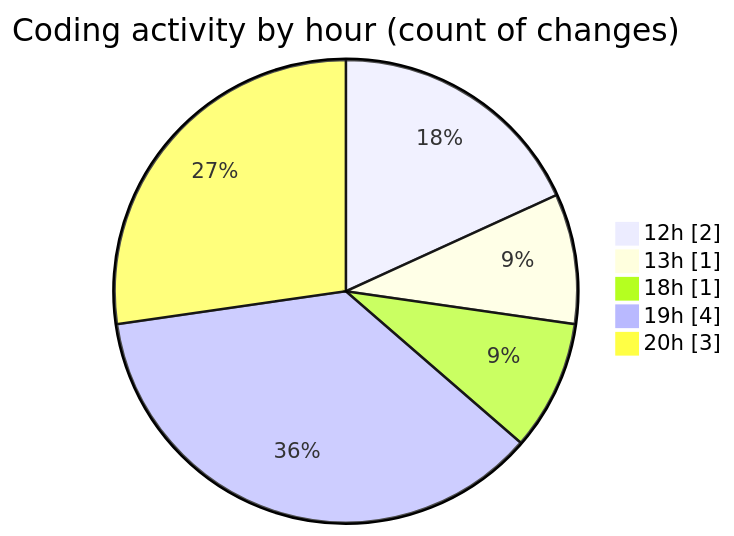
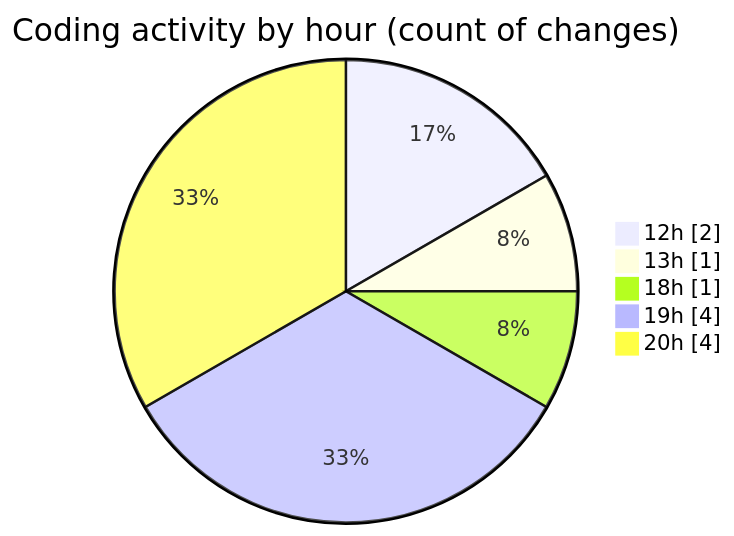
Before and after one commit to NitaiMahat/code-tracking: the second of 2 diagrams in 2025-02-10/classwork/README.md, drawn with Mermaid. The commit also changed other lines of this file and 1 other file, not shown here.

````diff
--- a/2025-02-10/classwork/README.md
+++ b/2025-02-10/classwork/README.md
@@ -33,9 +33,9 @@
 ```mermaid
 pie showData
 title Coding activity by hour (count of changes)
 "12h" : 2
 "13h" : 1
 "18h" : 1
 "19h" : 4
-"20h" : 3
+"20h" : 4
 ```
````
